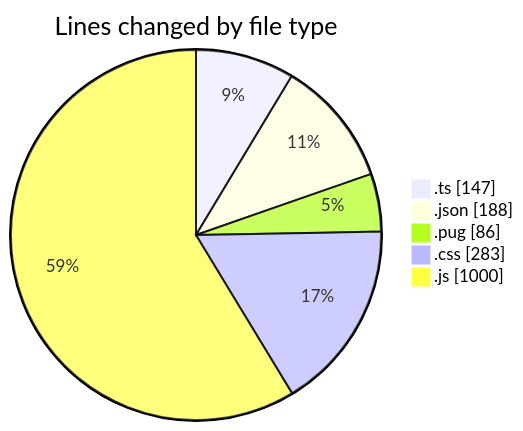
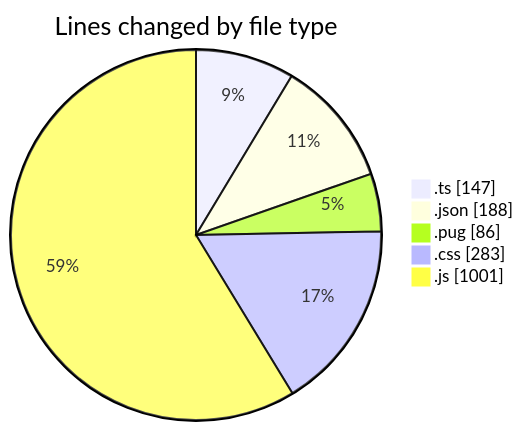
Before and after one commit to momahboobian/code-tracking: the first of 2 diagrams in 2025-02-24/cda/README.md, drawn with Mermaid. The commit also changed other lines of this file and 1 other file, not shown here.

````diff
--- a/2025-02-24/cda/README.md
+++ b/2025-02-24/cda/README.md
@@ -35,9 +35,9 @@
 ```mermaid
 pie showData
 title Lines changed by file type
 ".ts" : 147
 ".json" : 188
 ".pug" : 86
 ".css" : 283
-".js" : 1000
+".js" : 1001
 ```
````
